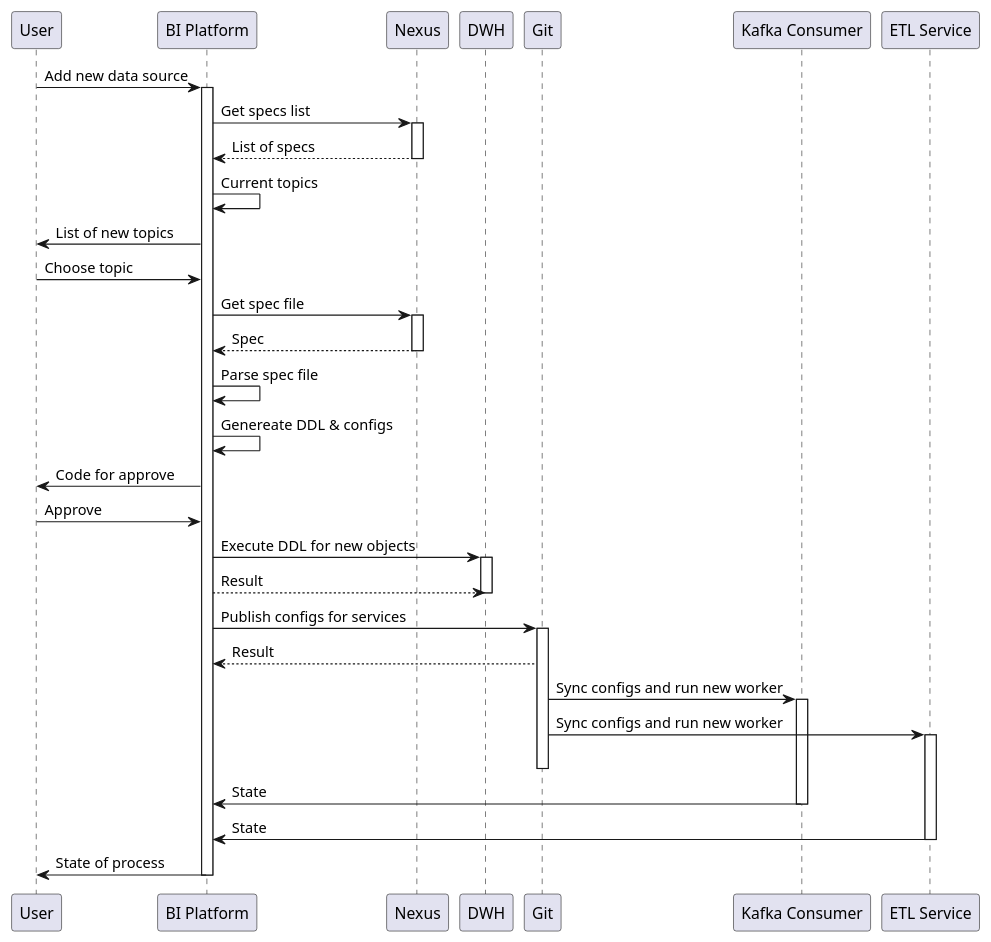
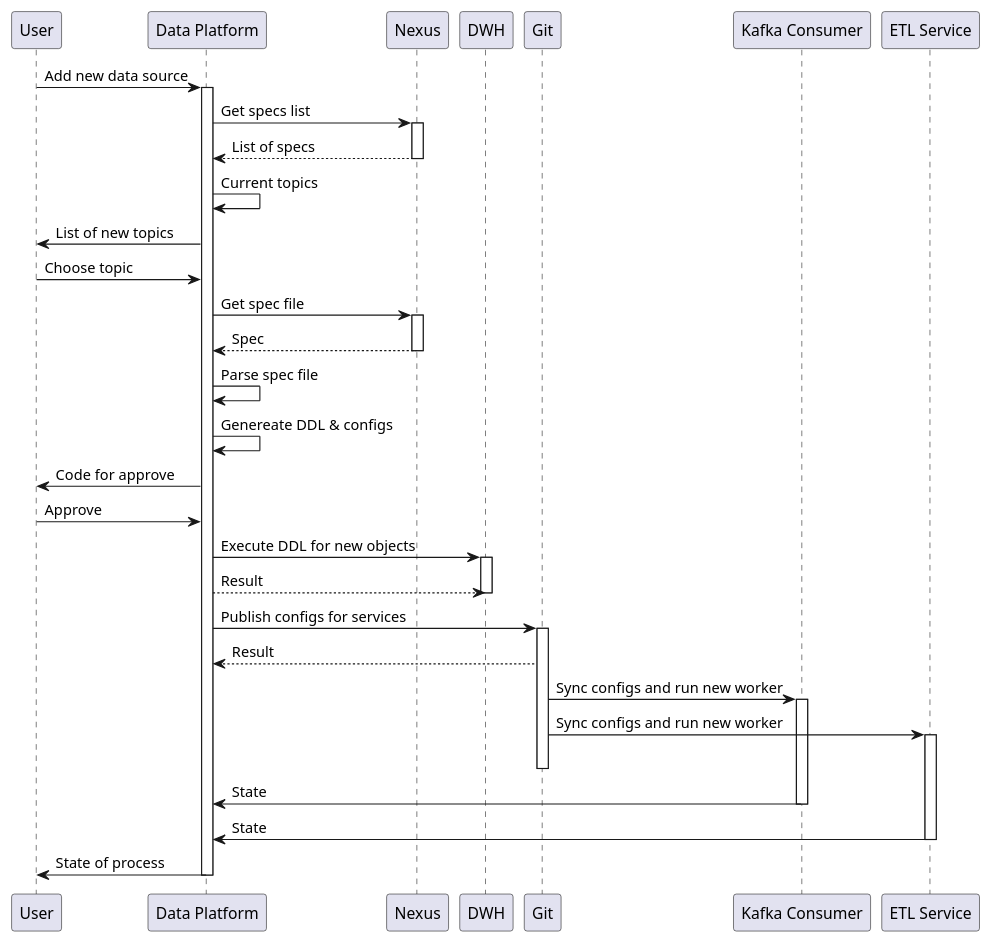
The diagram in Homework_03/UML/newtopic.puml (BelAnt/homeworks-software-architect), drawn with PlantUML before and after one commit. The commit also changed 1 other file, not shown here.

```diff
--- a/Homework_03/UML/newtopic.puml
+++ b/Homework_03/UML/newtopic.puml
@@ -1,68 +1,68 @@
 @startuml
 participant User as U
 
-participant "BI Platform" as P
+participant "Data Platform" as P
 participant "Nexus" as N
 participant "DWH" as D
 participant "Git" as G
 participant "Kafka Consumer" as K
 participant "ETL Service" as E
 
 U -> P : Add new data source
 activate P
 
 P -> N : Get specs list 
 activate N
 
 N --> P : List of specs
 deactivate N
 
 P -> P : Current topics
 
 P -> U : List of new topics
 
 U -> P : Choose topic
 
 P -> N : Get spec file
 activate N
 
 N --> P : Spec
 deactivate N
 
 P -> P : Parse spec file
 
 P -> P : Genereate DDL & configs
 
 P -> U : Code for approve 
 
 U -> P : Approve
 
 P -> D : Execute DDL for new objects
 activate D
 
 P --> D : Result
 deactivate D
 
 P -> G : Publish configs for services
 activate G
 
 G --> P : Result
 
 G -> K : Sync configs and run new worker
 activate K
 
 G -> E : Sync configs and run new worker
 activate E
 deactivate G
 
 
 K -> P : State
 deactivate K
 
 E -> P : State
 deactivate E
 
 P -> U : State of process
 deactivate P
 
 @enduml
```
